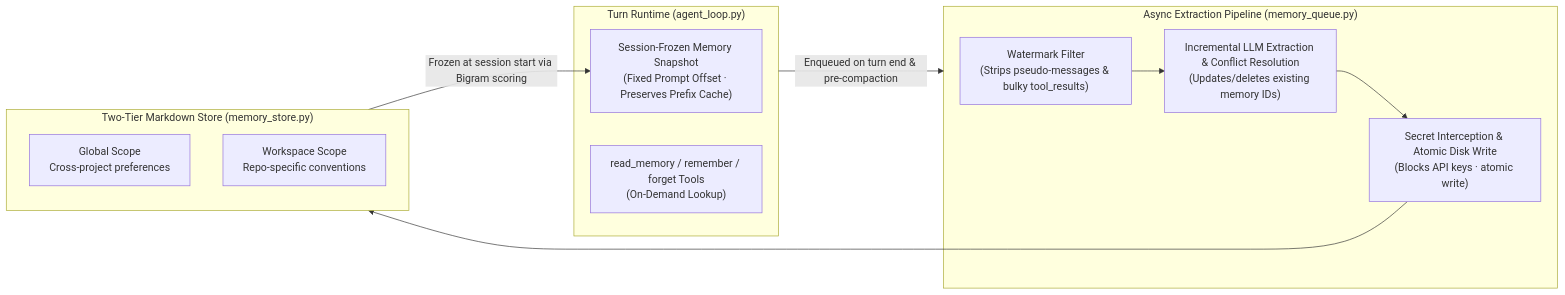
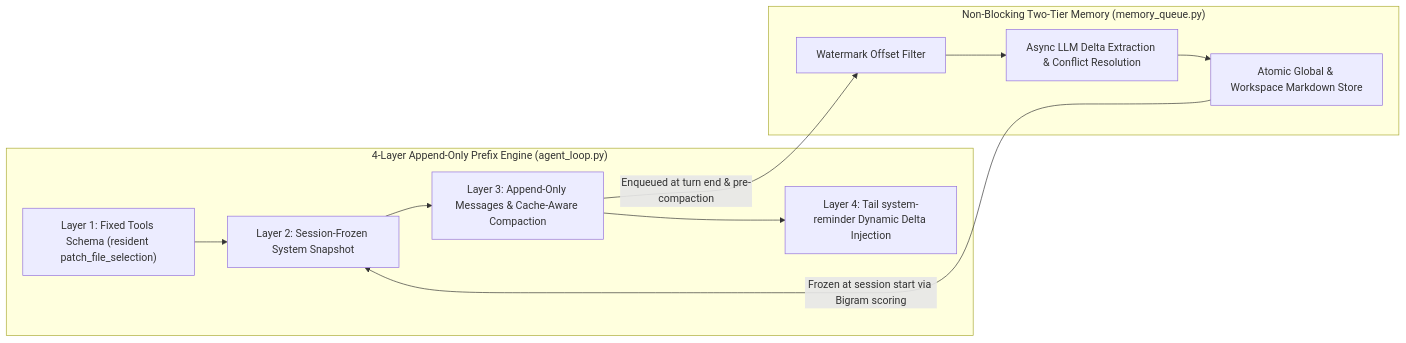
Before and after one commit to HelmAgent/Helm_website: the first of 2 diagrams in docs/en/architecture/memory-and-rag.md, drawn with Mermaid. The commit also changed other lines of this file and 27 other files, not shown here.

Commit message:
docs(architecture): update memory and RAG documentation to reflect new four-layer prefix cache architecture and performance metrics; revise multi-agent team structure for enhanced clarity and functionality

````diff
--- a/docs/en/architecture/memory-and-rag.md
+++ b/docs/en/architecture/memory-and-rag.md
@@ -18,23 +25,20 @@
 ```mermaid
 flowchart LR
-  subgraph TurnRuntime["Turn Runtime (agent_loop.py)"]
-    FrozenSnap["Session-Frozen Memory Snapshot<br/>(Fixed Prompt Offset · Preserves Prefix Cache)"]
-    ReadMemTool["read_memory / remember / forget Tools<br/>(On-Demand Lookup)"]
+  subgraph PrefixEngine["4-Layer Append-Only Prefix Engine (agent_loop.py)"]
+    L1["Layer 1: Fixed Tools Schema (resident patch_file_selection)"]
+    L2["Layer 2: Session-Frozen System Snapshot"]
+    L3["Layer 3: Append-Only Messages & Cache-Aware Compaction"]
+    L4["Layer 4: Tail system-reminder Dynamic Delta Injection"]
+    L1 --> L2 --> L3 --> L4
   end
 
-  subgraph AsyncPipeline["Async Extraction Pipeline (memory_queue.py)"]
-    Watermark["Watermark Filter<br/>(Strips pseudo-messages & bulky tool_results)"]
-    Extractor["Incremental LLM Extraction & Conflict Resolution<br/>(Updates/deletes existing memory IDs)"]
-    Sanitizer["Secret Interception & Atomic Disk Write<br/>(Blocks API keys · atomic write)"]
-    Watermark --> Extractor --> Sanitizer
+  subgraph AsyncMemory["Non-Blocking Two-Tier Memory (memory_queue.py)"]
+    Watermark["Watermark Offset Filter"]
+    Extractor["Async LLM Delta Extraction & Conflict Resolution"]
+    Storage["Atomic Global & Workspace Markdown Store"]
+    Watermark --> Extractor --> Storage
   end
 
-  subgraph Storage["Two-Tier Markdown Store (memory_store.py)"]
-    GlobalScope["Global Scope<br/>Cross-project preferences"]
-    WorkspaceScope["Workspace Scope<br/>Repo-specific conventions"]
-  end
-
-  TurnRuntime -- "Enqueued on turn end & pre-compaction" --> AsyncPipeline
-  Sanitizer --> Storage
-  Storage -- "Frozen at session start via Bigram scoring" --> FrozenSnap
+  L3 -- "Enqueued at turn end & pre-compaction" --> Watermark
+  Storage -- "Frozen at session start via Bigram scoring" --> L2
 ```
````
